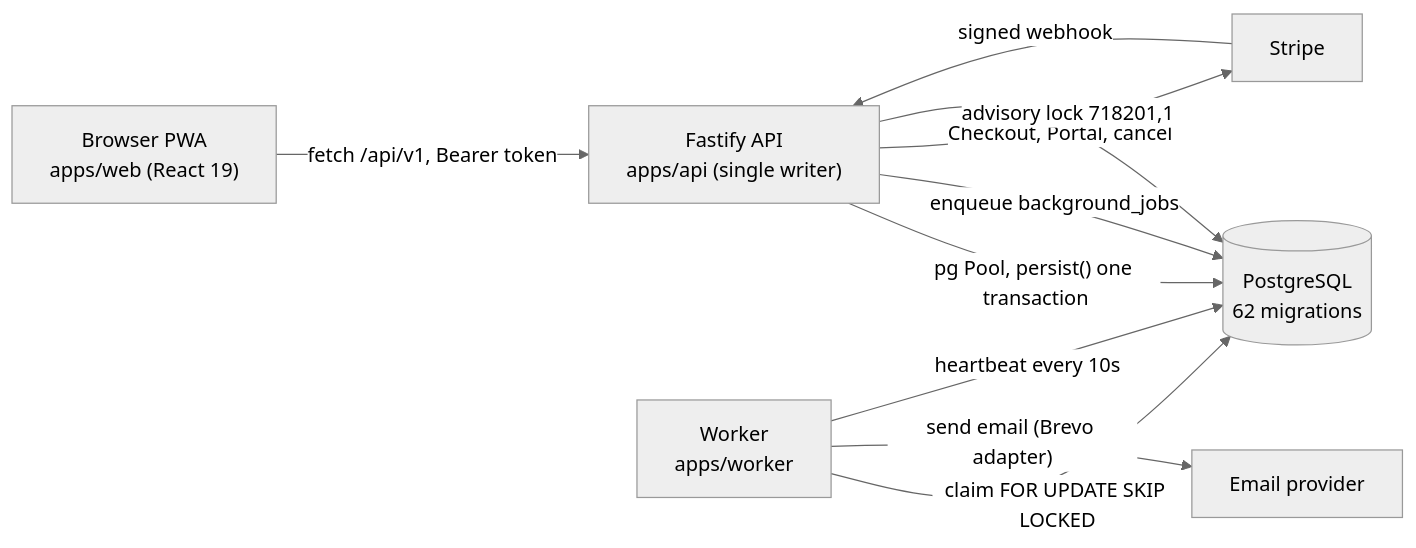
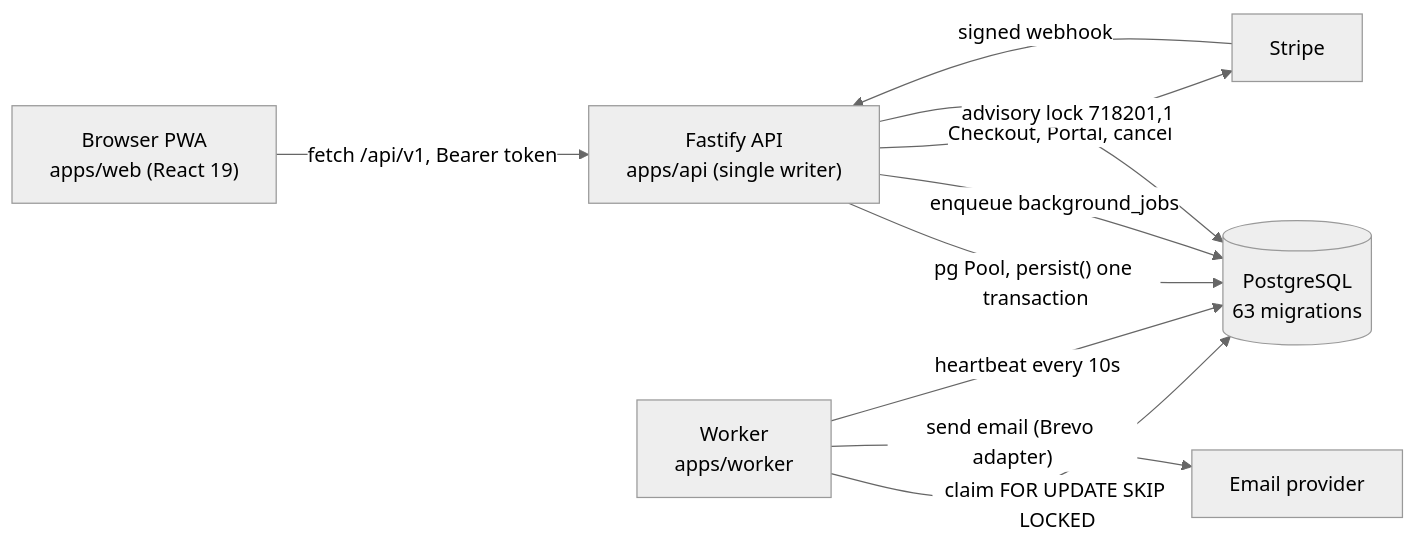
The first of 7 diagrams in docs/system-model/02-flows.md (yhsomani/talentsphere-complete), drawn with Mermaid (neutral theme) before and after one commit. The commit also changed 13 other files, not shown here.

````diff
--- a/docs/system-model/02-flows.md
+++ b/docs/system-model/02-flows.md
@@ -15,12 +15,12 @@
 ```mermaid
 flowchart LR
   Browser["Browser PWA<br/>apps/web (React 19)"] -->|"fetch /api/v1, Bearer token"| API["Fastify API<br/>apps/api (single writer)"]
-  API -->|"pg Pool, persist() one transaction"| PG[("PostgreSQL<br/>62 migrations")]
+  API -->|"pg Pool, persist() one transaction"| PG[("PostgreSQL<br/>63 migrations")]
   API -->|"enqueue background_jobs"| PG
   Worker["Worker<br/>apps/worker"] -->|"claim FOR UPDATE SKIP LOCKED"| PG
   Worker -->|"send email (Brevo adapter)"| Mail["Email provider"]
   API -->|"Checkout, Portal, cancel"| Stripe["Stripe"]
   Stripe -->|"signed webhook"| API
   Worker -->|"heartbeat every 10s"| PG
   API -->|"advisory lock 718201,1"| PG
 ```
````
